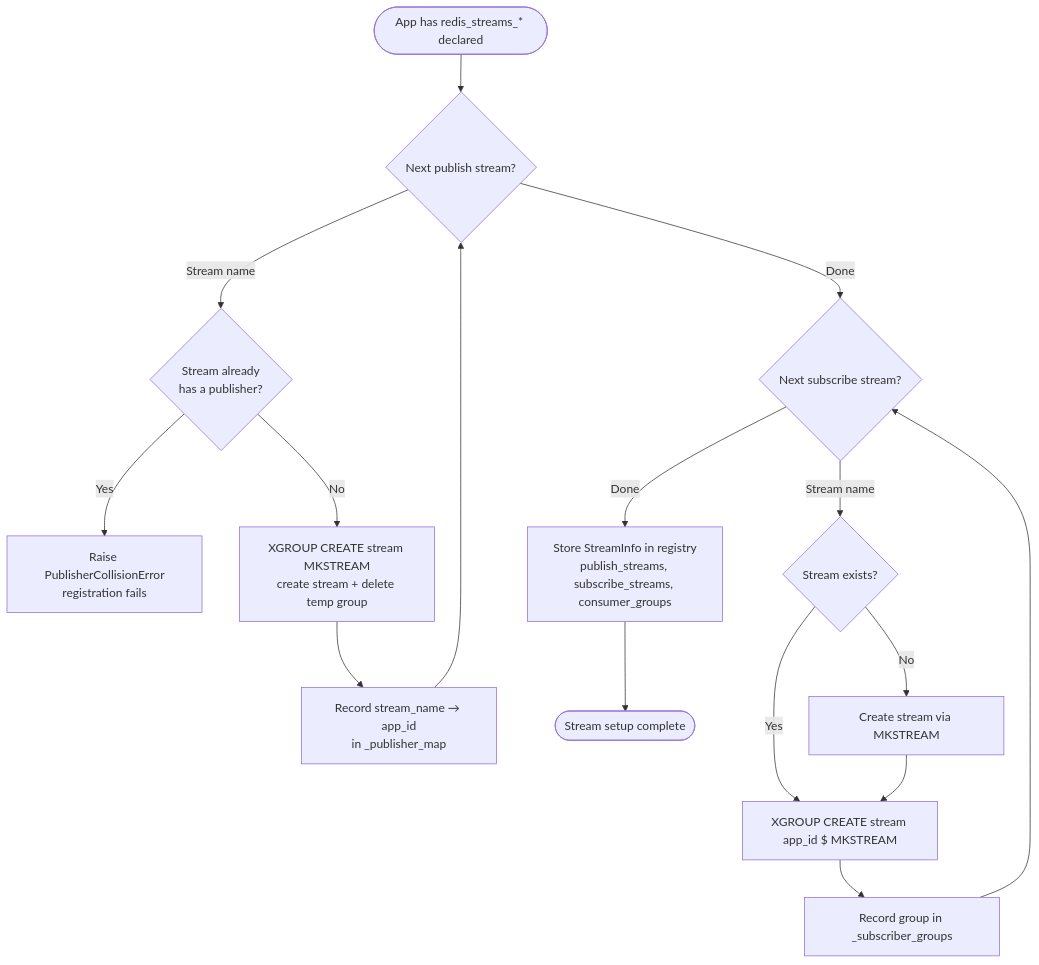
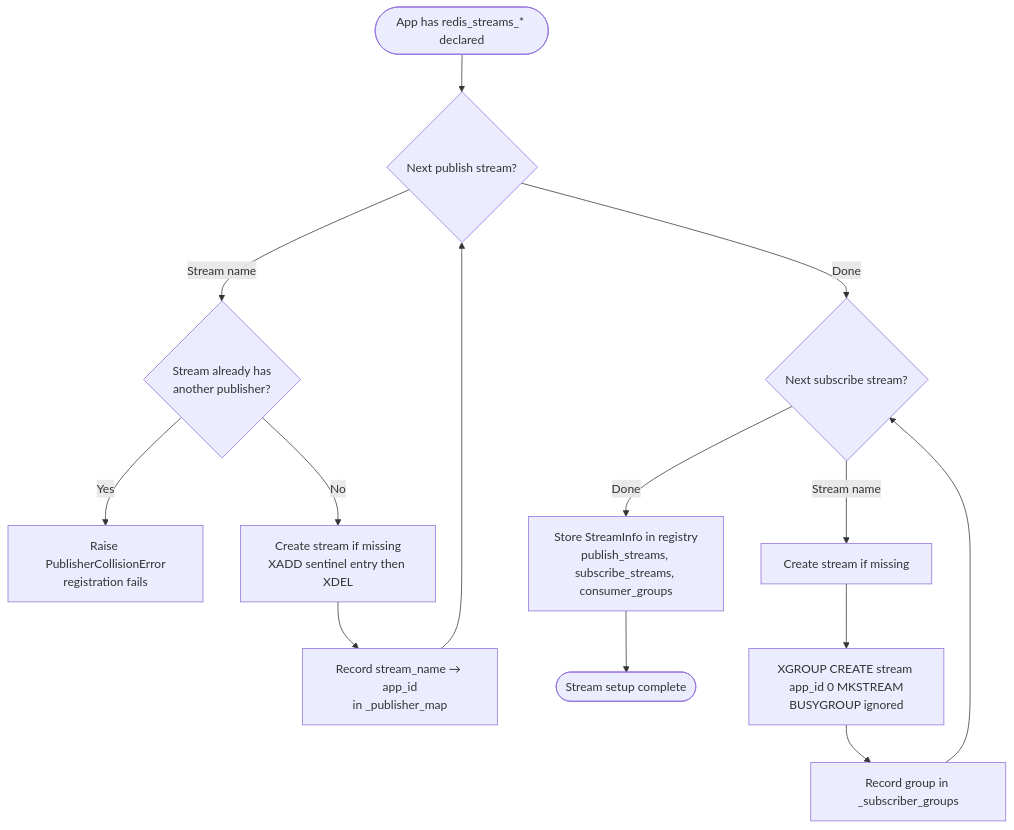
Before and after one commit to felipe-stanham/Latarnia: the sixth of 16 diagrams in docs/System/workflows.md, drawn with Mermaid. The commit also changed other lines of this file and 10 other files, not shown here.

````diff
--- a/docs/System/workflows.md
+++ b/docs/System/workflows.md
@@ -240,22 +264,20 @@
 ```mermaid
 flowchart TD
     Start([App has redis_streams_* declared]) --> PubLoop{Next publish stream?}
 
     PubLoop -- Done --> SubLoop{Next subscribe stream?}
 
-    PubLoop -- Stream name --> CheckOwner{Stream already<br/>has a publisher?}
+    PubLoop -- Stream name --> CheckOwner{Stream already has<br/>another publisher?}
     CheckOwner -- Yes --> CollisionErr[Raise PublisherCollisionError<br/>registration fails]
-    CheckOwner -- No --> CreateStream[XGROUP CREATE stream MKSTREAM<br/>create stream + delete temp group]
+    CheckOwner -- No --> CreateStream[Create stream if missing<br/>XADD sentinel entry then XDEL]
     CreateStream --> RecordOwner[Record stream_name → app_id<br/>in _publisher_map]
     RecordOwner --> PubLoop
 
     SubLoop -- Done --> StoreStreamInfo[Store StreamInfo in registry<br/>publish_streams, subscribe_streams, consumer_groups]
     StoreStreamInfo --> Done([Stream setup complete])
 
-    SubLoop -- Stream name --> EnsureStream{Stream exists?}
-    EnsureStream -- No --> CreateSubStream[Create stream via MKSTREAM]
-    EnsureStream -- Yes --> CreateGroup
-    CreateSubStream --> CreateGroup[XGROUP CREATE stream app_id $ MKSTREAM]
+    SubLoop -- Stream name --> EnsureStream[Create stream if missing]
+    EnsureStream --> CreateGroup[XGROUP CREATE stream app_id 0 MKSTREAM<br/>BUSYGROUP ignored]
     CreateGroup --> TrackGroup[Record group in _subscriber_groups]
     TrackGroup --> SubLoop
 ```
````
